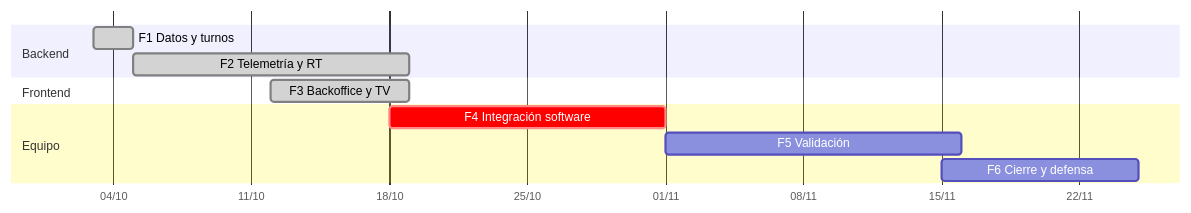
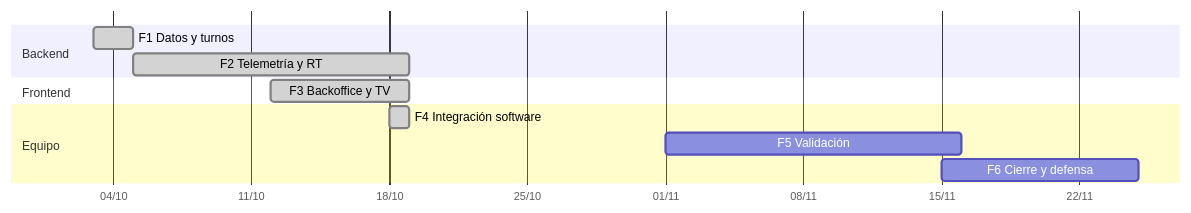
Before and after one commit to GastMolina267/pti-monorepo: the diagram in docs/07-roadmap.md, drawn with Mermaid. The commit also changed other lines of this file and 22 other files, not shown here.

````diff
--- a/docs/07-roadmap.md
+++ b/docs/07-roadmap.md
@@ -18,14 +18,14 @@
 ```mermaid
 gantt
   dateFormat YYYY-MM-DD
   axisFormat %d/%m
   section Backend
   F1 Datos y turnos        :done, f1, 2026-10-03, 2d
   F2 Telemetría y RT       :done, f2, 2026-10-05, 14d
   section Frontend
   F3 Backoffice y TV       :done, f3, 2026-10-12, 7d
   section Equipo
-  F4 Integración software :crit, f4, 2026-10-18, 14d
+  F4 Integración software :done, f4, 2026-10-18, 1d
   F5 Validación            :f5, 2026-11-01, 15d
   F6 Cierre y defensa      :f6, 2026-11-15, 10d
 ```
````
